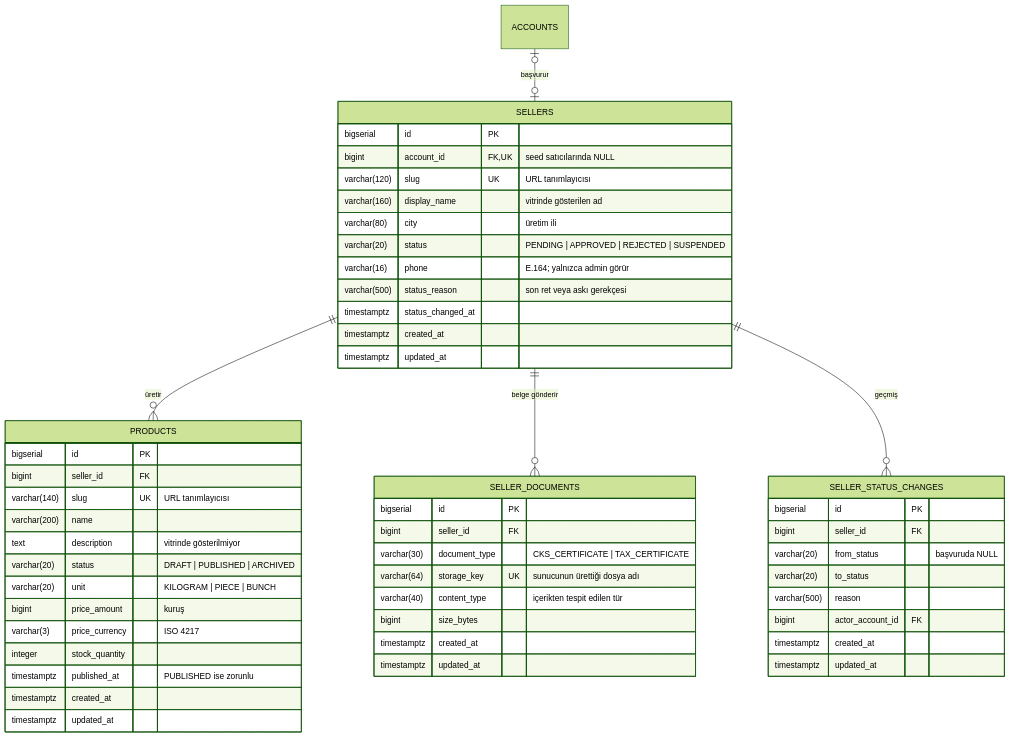
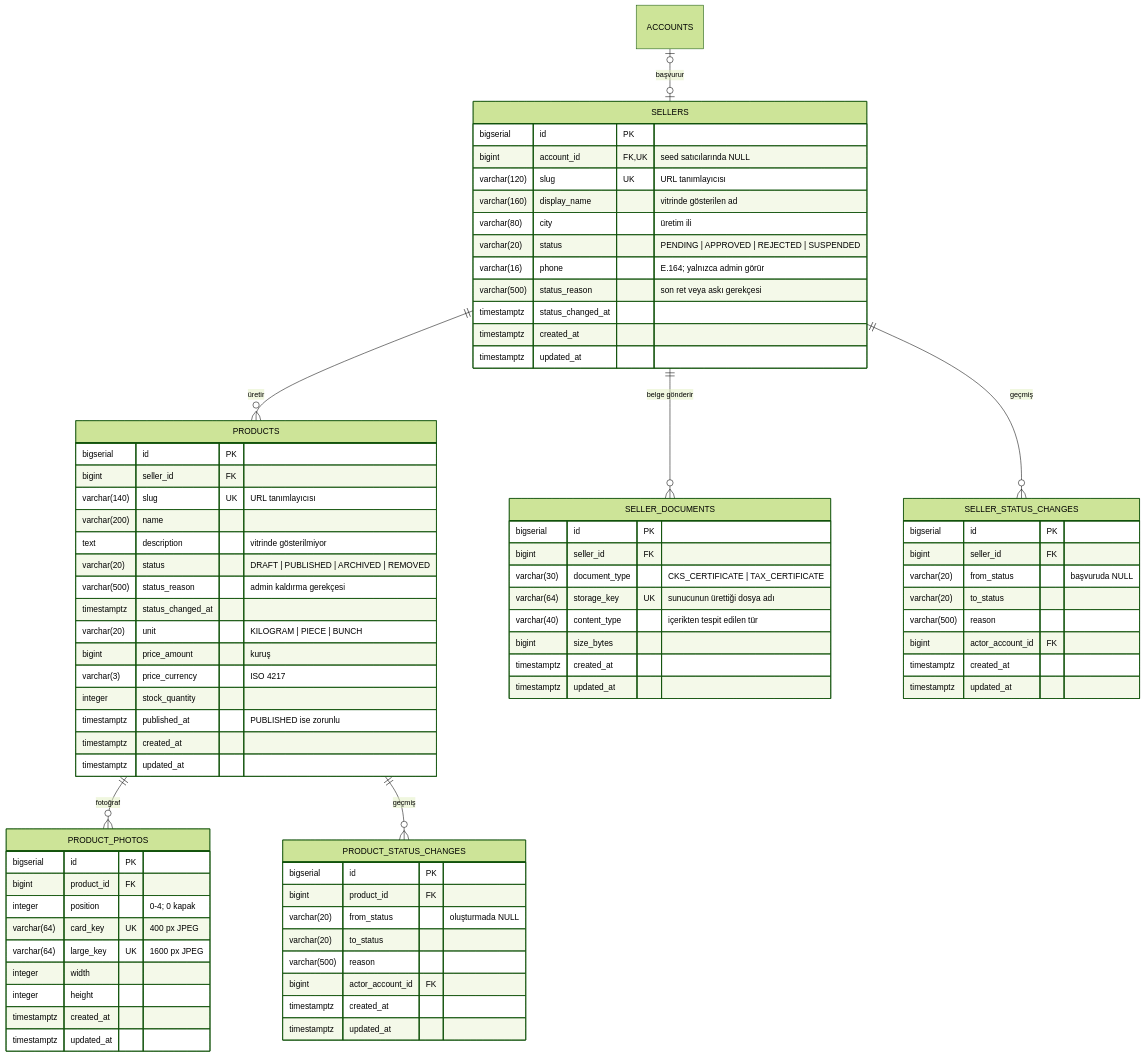
One commit to sertacozmen1/bahceden changed the first of 2 diagrams in docs/reference/01-domain-model.md. Above: the diagram before and after it, drawn with Mermaid (forest theme). The commit also changed other lines of this file and 136 other files, not shown here.

First line of the commit message:
feat: add product listings with photos and admin takedown (add-product-listings)

```diff
--- a/docs/reference/01-domain-model.md
+++ b/docs/reference/01-domain-model.md
@@ -24,6 +24,8 @@
     ACCOUNTS |o--o| SELLERS : "başvurur"
     SELLERS ||--o{ SELLER_DOCUMENTS : "belge gönderir"
     SELLERS ||--o{ SELLER_STATUS_CHANGES : "geçmiş"
+    PRODUCTS ||--o{ PRODUCT_PHOTOS : "fotoğraf"
+    PRODUCTS ||--o{ PRODUCT_STATUS_CHANGES : "geçmiş"
 
     SELLERS {
         bigserial id PK
@@ -35,6 +37,29 @@
         varchar(16) phone "E.164; yalnızca admin görür"
         varchar(500) status_reason "son ret veya askı gerekçesi"
         timestamptz status_changed_at
+        timestamptz created_at
+        timestamptz updated_at
+    }
+
+    PRODUCT_PHOTOS {
+        bigserial id PK
+        bigint product_id FK
+        integer position "0-4; 0 kapak"
+        varchar(64) card_key UK "400 px JPEG"
+        varchar(64) large_key UK "1600 px JPEG"
+        integer width
+        integer height
+        timestamptz created_at
+        timestamptz updated_at
+    }
+
+    PRODUCT_STATUS_CHANGES {
+        bigserial id PK
+        bigint product_id FK
+        varchar(20) from_status "oluşturmada NULL"
+        varchar(20) to_status
+        varchar(500) reason
+        bigint actor_account_id FK
         timestamptz created_at
         timestamptz updated_at
     }
@@ -67,7 +92,9 @@
         varchar(140) slug UK "URL tanımlayıcısı"
         varchar(200) name
         text description "vitrinde gösterilmiyor"
-        varchar(20) status "DRAFT | PUBLISHED | ARCHIVED"
+        varchar(20) status "DRAFT | PUBLISHED | ARCHIVED | REMOVED"
+        varchar(500) status_reason "admin kaldırma gerekçesi"
+        timestamptz status_changed_at
         varchar(20) unit "KILOGRAM | PIECE | BUNCH"
         bigint price_amount "kuruş"
         varchar(3) price_currency "ISO 4217"
```
